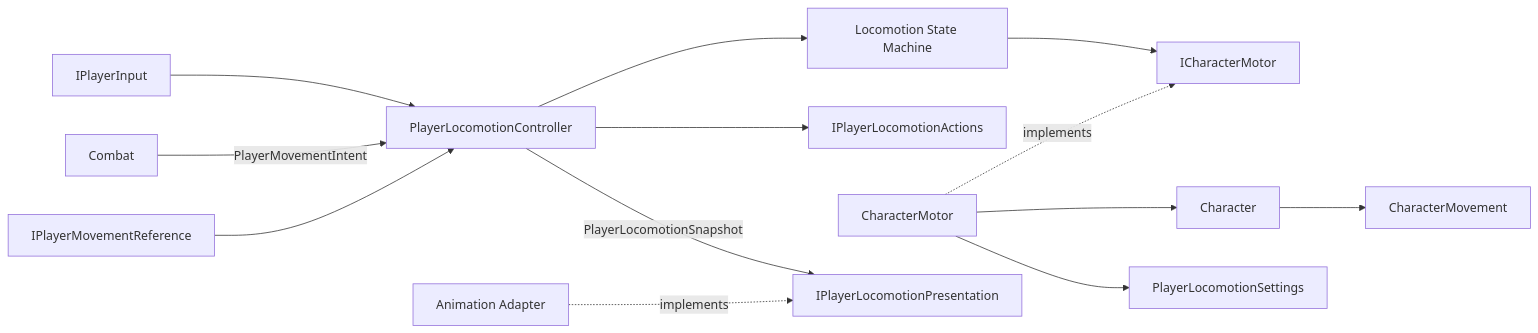
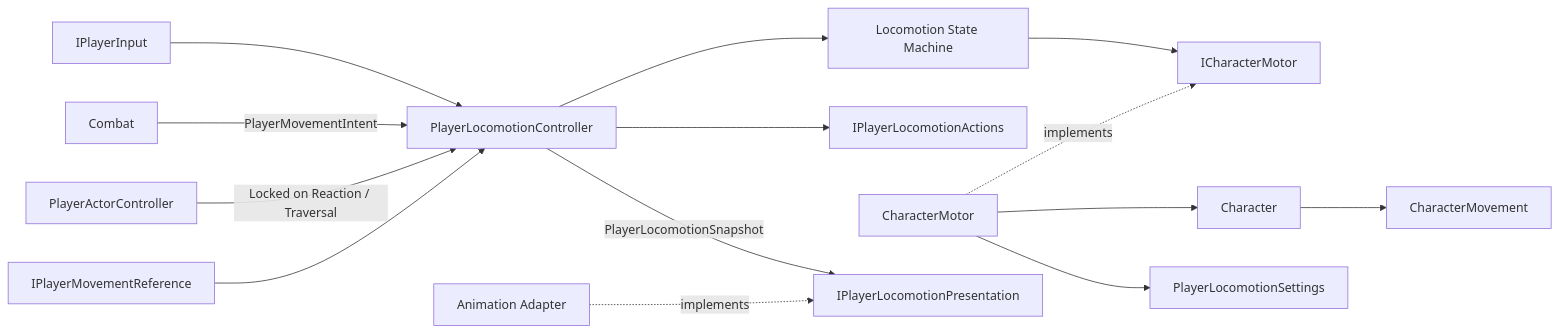
Before and after one commit to MaximFonariuc/project-s: the third of 3 diagrams in Docs/Architecture/Player.Locomotion.md, drawn with Mermaid. The commit also changed other lines of this file and 17 other files, not shown here.

````diff
--- a/Docs/Architecture/Player.Locomotion.md
+++ b/Docs/Architecture/Player.Locomotion.md
@@ -205,15 +205,16 @@
 ```mermaid
 flowchart LR
     Input["IPlayerInput"] --> Controller["PlayerLocomotionController"]
     Combat["Combat"] -->|"PlayerMovementIntent"| Controller
+    ActorRoot["PlayerActorController"] -->|"Locked on Reaction / Traversal"| Controller
     CameraBasis["IPlayerMovementReference"] --> Controller
     Controller --> Machine["Locomotion State Machine"]
     Controller --> Actions["IPlayerLocomotionActions"]
     Machine --> MotorPort["ICharacterMotor"]
     Motor["CharacterMotor"] -.implements.-> MotorPort
     Motor --> Character
     Motor --> Settings["PlayerLocomotionSettings"]
     Character --> Collision["CharacterMovement"]
     Controller -->|"PlayerLocomotionSnapshot"| Presentation["IPlayerLocomotionPresentation"]
     AnimationAdapter["Animation Adapter"] -.implements.-> Presentation
 ```
````
